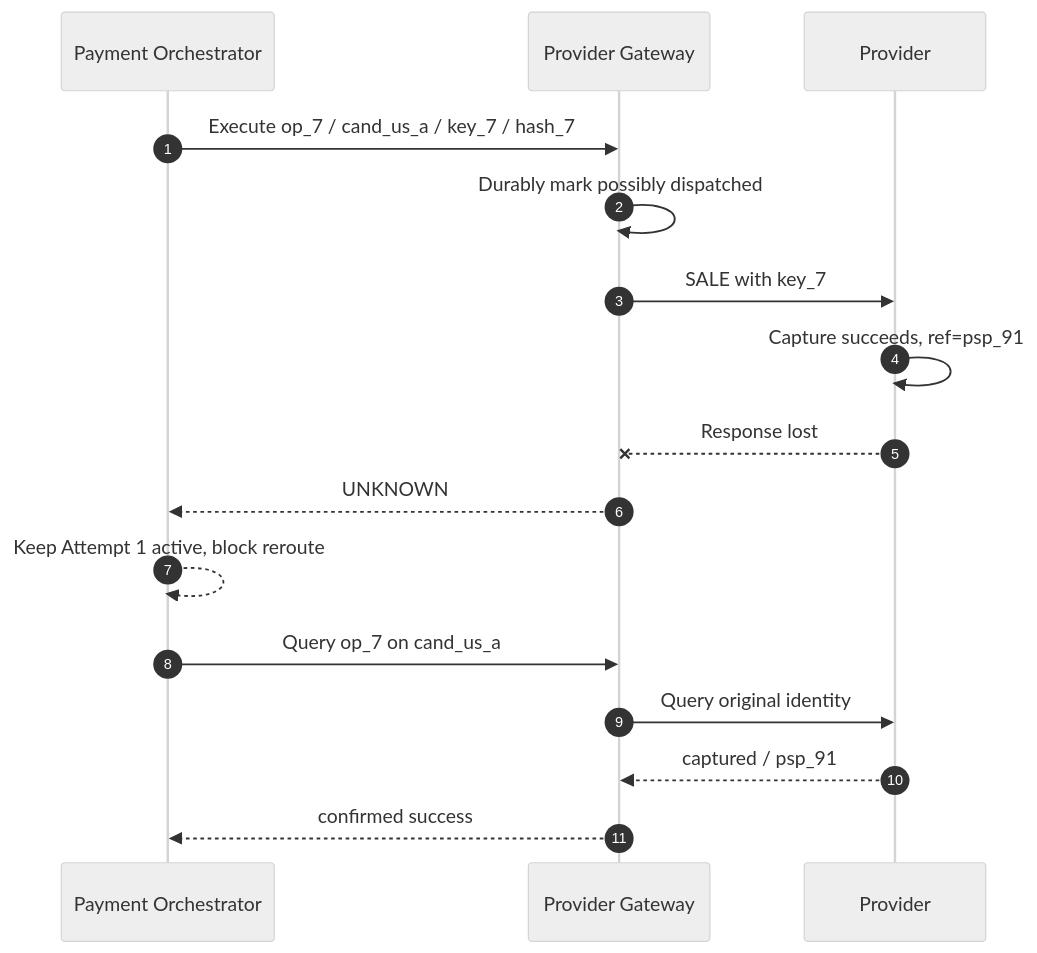
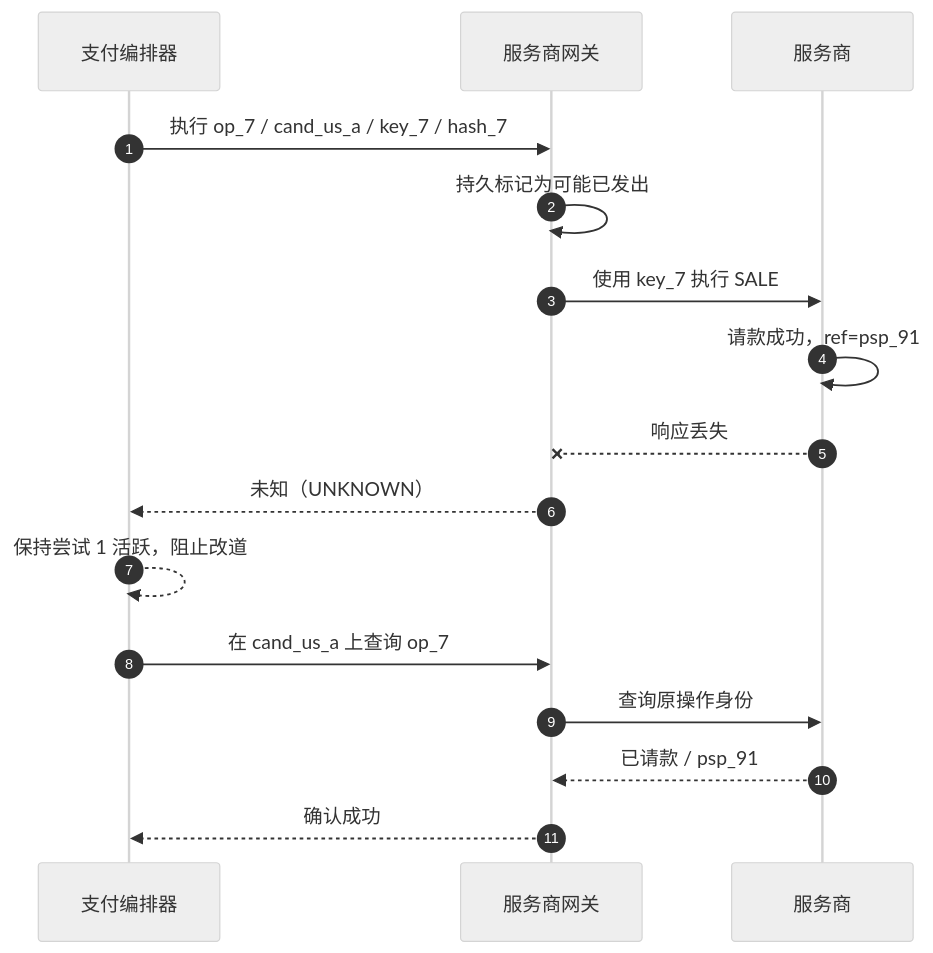
Before and after one commit to YouEclipse/Designing-Modern-Payment-Systems: the first of 4 diagrams in part-3-reliability/timeout-and-retry.md, drawn with Mermaid (neutral theme). The commit also changed other lines of this file and 59 other files, not shown here.

````diff
--- a/part-3-reliability/timeout-and-retry.md
+++ b/part-3-reliability/timeout-and-retry.md
@@ -54,19 +54,19 @@
 ```mermaid
 sequenceDiagram
     autonumber
-    participant P as Payment Orchestrator
-    participant G as Provider Gateway
-    participant X as Provider
+    participant P as 支付编排器
+    participant G as 服务商网关
+    participant X as 服务商
 
-    P->>G: Execute op_7 / cand_us_a / key_7 / hash_7
-    G->>G: Durably mark possibly dispatched
-    G->>X: SALE with key_7
-    X->>X: Capture succeeds, ref=psp_91
-    X--xG: Response lost
-    G-->>P: UNKNOWN
-    P-->>P: Keep Attempt 1 active, block reroute
-    P->>G: Query op_7 on cand_us_a
-    G->>X: Query original identity
-    X-->>G: captured / psp_91
-    G-->>P: confirmed success
+    P->>G: 执行 op_7 / cand_us_a / key_7 / hash_7
+    G->>G: 持久标记为可能已发出
+    G->>X: 使用 key_7 执行 SALE
+    X->>X: 请款成功，ref=psp_91
+    X--xG: 响应丢失
+    G-->>P: 未知（UNKNOWN）
+    P-->>P: 保持尝试 1 活跃，阻止改道
+    P->>G: 在 cand_us_a 上查询 op_7
+    G->>X: 查询原操作身份
+    X-->>G: 已请款 / psp_91
+    G-->>P: 确认成功
 ```
````
